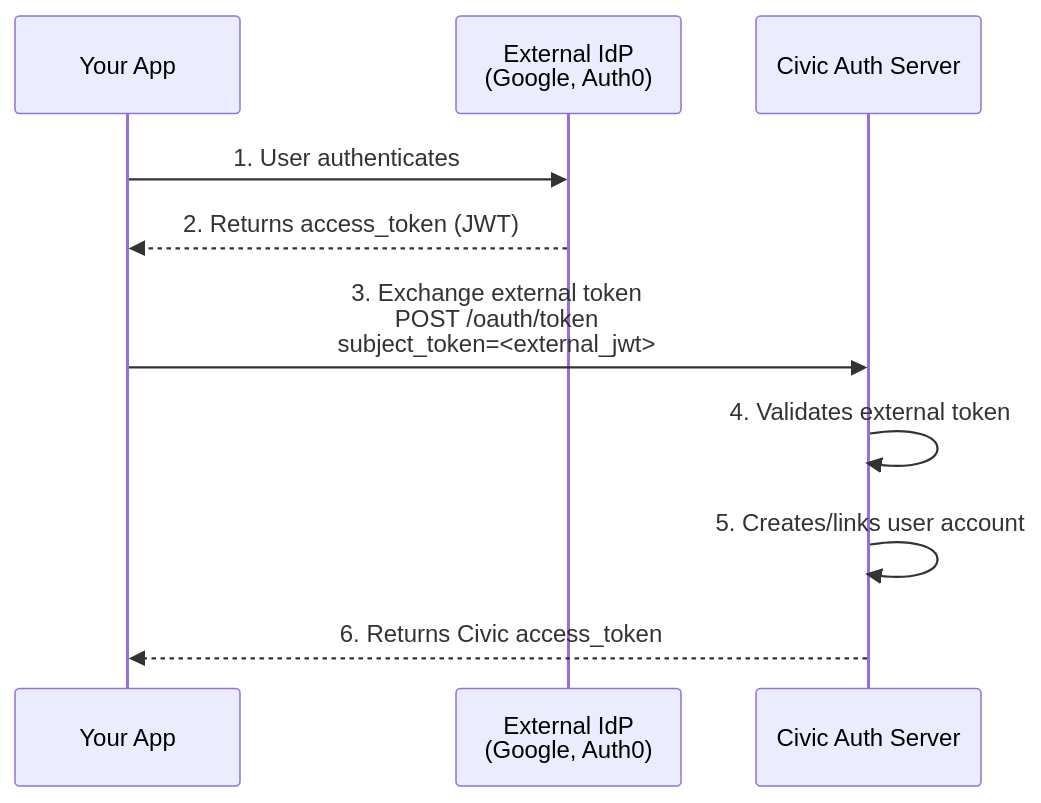
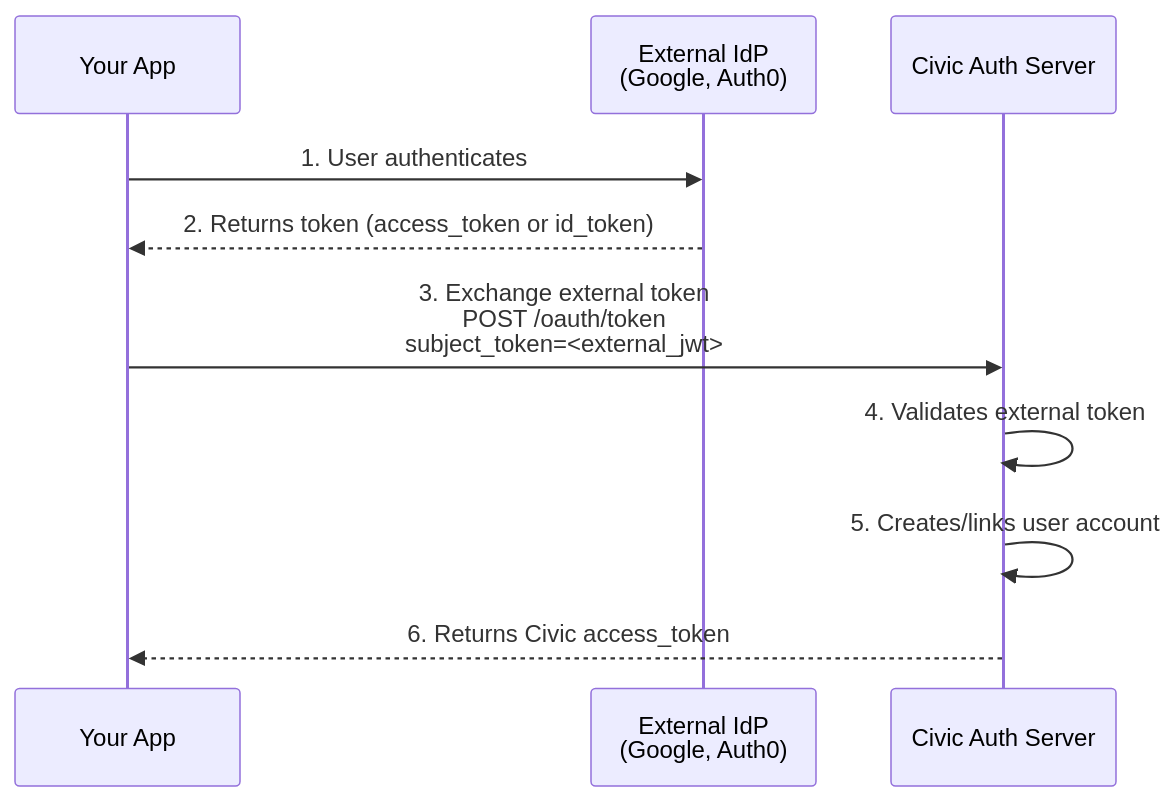
The diagram in overview/token-exchange.mdx (civicteam/docs.civic.com), drawn with Mermaid before and after one commit. The commit also changed other lines of this file and 5 other files, not shown here.

````diff
--- a/overview/token-exchange.mdx
+++ b/overview/token-exchange.mdx
@@ -130,13 +130,13 @@
 ```mermaid
 sequenceDiagram
     participant App as Your App
     participant IdP as External IdP<br/>(Google, Auth0)
     participant Civic as Civic Auth Server
 
     App->>IdP: 1. User authenticates
-    IdP-->>App: 2. Returns access_token (JWT)
+    IdP-->>App: 2. Returns token (access_token or id_token)
     App->>Civic: 3. Exchange external token<br/>POST /oauth/token<br/>subject_token=<external_jwt>
     Civic->>Civic: 4. Validates external token
     Civic->>Civic: 5. Creates/links user account
     Civic-->>App: 6. Returns Civic access_token
 ```
````
